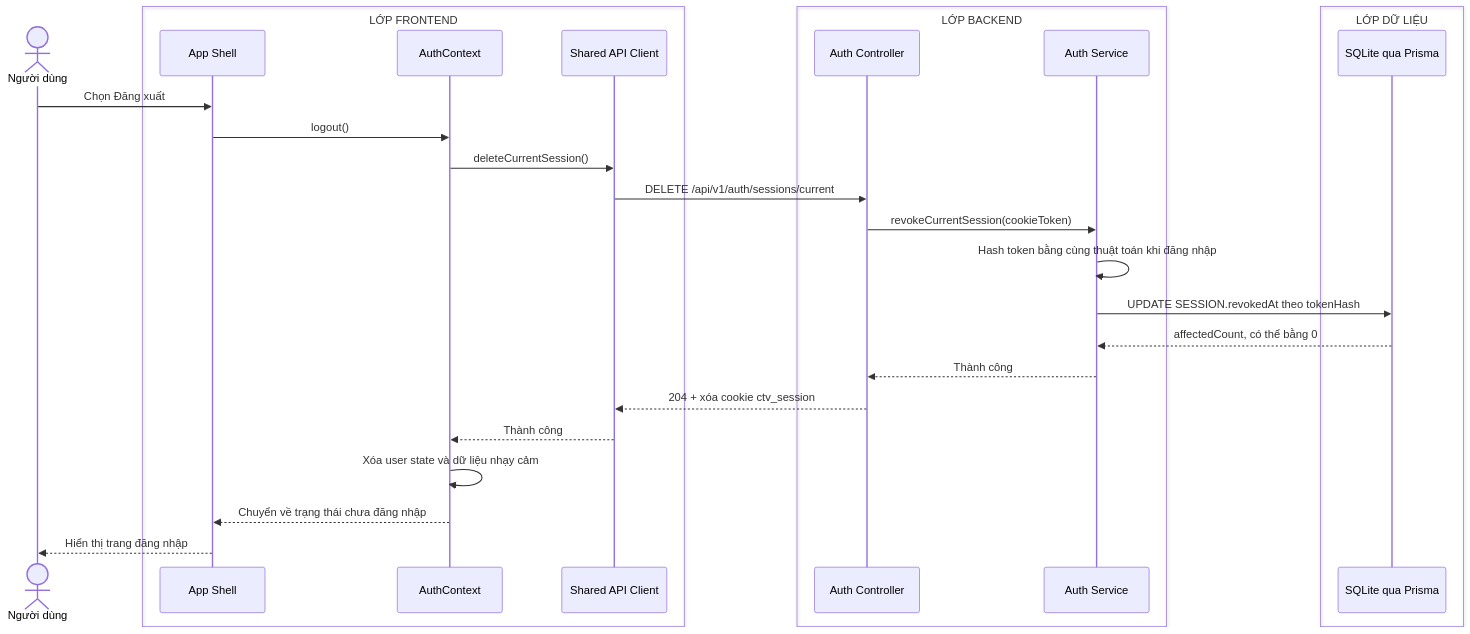
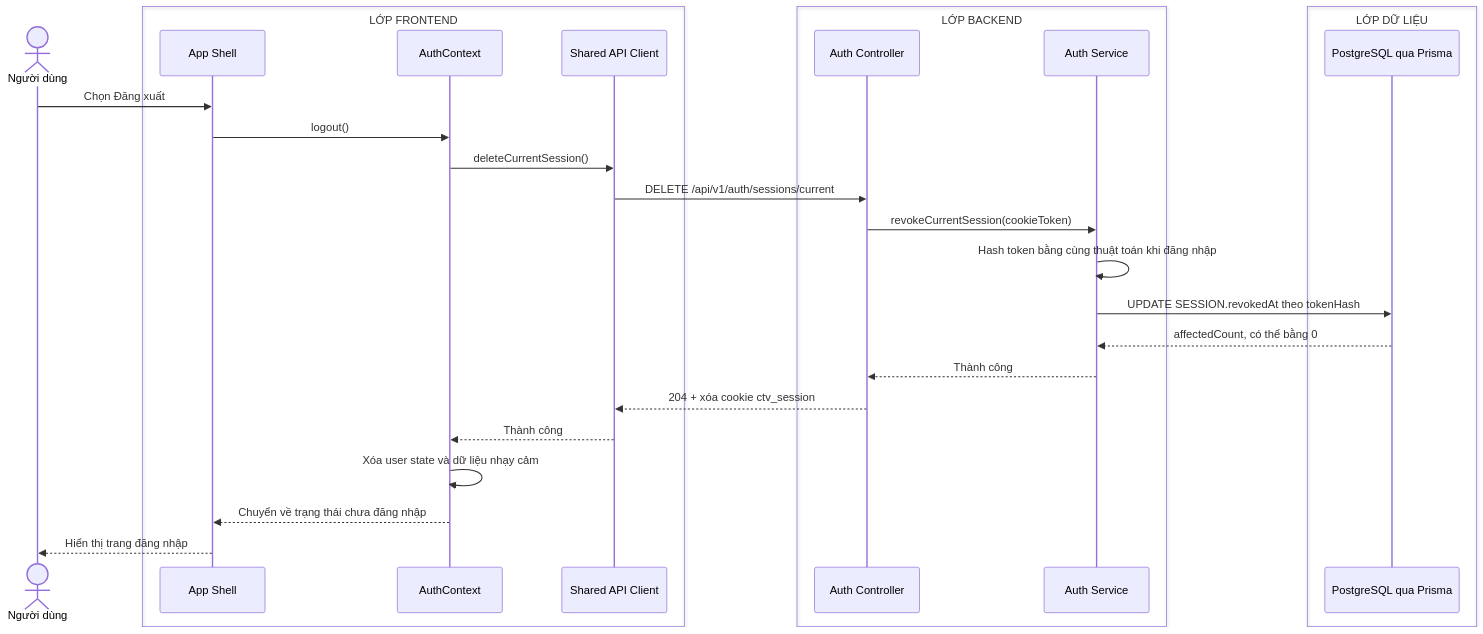
One commit to MINHDZVODICH/ctv-manage changed the diagram in docs/sequence-diagrams/08-dang-xuat.md. Above: the diagram before and after it, drawn with Mermaid. The commit also changed 36 other files, not shown here.

````diff
--- a/docs/sequence-diagrams/08-dang-xuat.md
+++ b/docs/sequence-diagrams/08-dang-xuat.md
@@ -5,31 +5,31 @@
 ```mermaid
 sequenceDiagram
     actor U as Người dùng
     box LỚP FRONTEND
         participant UI as App Shell
         participant H as AuthContext
         participant API as Shared API Client
     end
     box LỚP BACKEND
         participant C as Auth Controller
         participant S as Auth Service
     end
     box LỚP DỮ LIỆU
-        participant DB as SQLite qua Prisma
+        participant DB as PostgreSQL qua Prisma
     end
 
     U->>UI: Chọn Đăng xuất
     UI->>H: logout()
     H->>API: deleteCurrentSession()
     API->>C: DELETE /api/v1/auth/sessions/current
     C->>S: revokeCurrentSession(cookieToken)
     S->>S: Hash token bằng cùng thuật toán khi đăng nhập
     S->>DB: UPDATE SESSION.revokedAt theo tokenHash
     DB-->>S: affectedCount, có thể bằng 0
     S-->>C: Thành công
     C-->>API: 204 + xóa cookie ctv_session
     API-->>H: Thành công
     H->>H: Xóa user state và dữ liệu nhạy cảm
     H-->>UI: Chuyển về trạng thái chưa đăng nhập
     UI-->>U: Hiển thị trang đăng nhập
 ```
````
